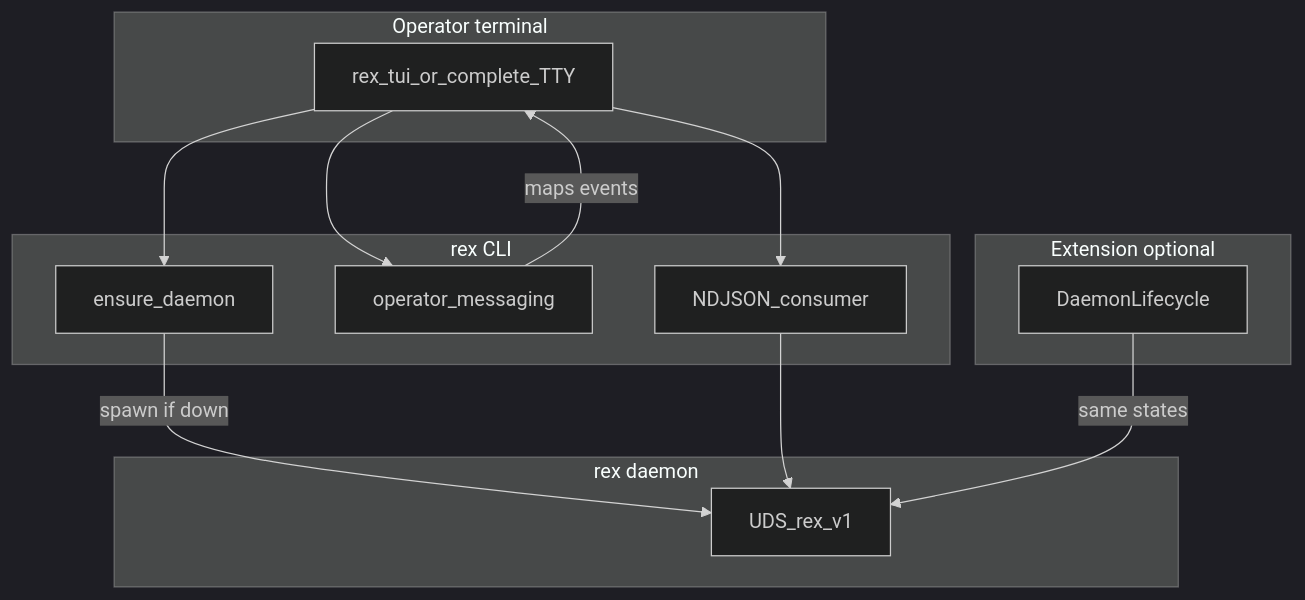
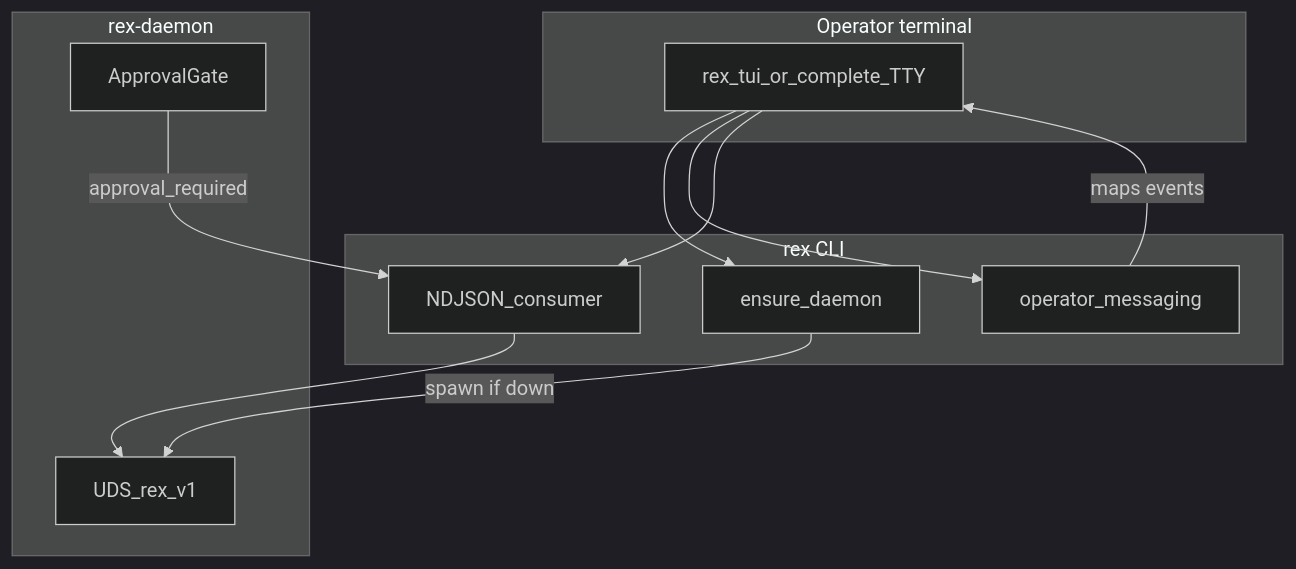
One commit to thsfranca/rex changed the first of 2 diagrams in docs/CLI_OPERATOR_UX.md. Above: the diagram before and after it, drawn with Mermaid (dark theme). The commit also changed other lines of this file and 14 other files, not shown here.

````diff
--- a/docs/CLI_OPERATOR_UX.md
+++ b/docs/CLI_OPERATOR_UX.md
@@ -56,25 +67,23 @@
 ```mermaid
 flowchart TB
  subgraph operator [Operator terminal]
  TUI[rex_tui_or_complete_TTY]
  end
  subgraph cli [rex CLI]
  Lifecycle[ensure_daemon]
  MsgLayer[operator_messaging]
  Transport[NDJSON_consumer]
  end
- subgraph daemon [rex daemon]
+ subgraph daemon [rex-daemon]
  UDS[UDS_rex_v1]
- end
- subgraph ext [Extension optional]
- ExtLife[DaemonLifecycle]
+ Policy[ApprovalGate]
  end
 
  TUI --> Lifecycle
  TUI --> MsgLayer
  TUI --> Transport
  Lifecycle -->|"spawn if down"| UDS
  Transport --> UDS
- ExtLife -->|"same states"| UDS
+ Policy -->|"approval_required"| Transport
  MsgLayer -->|"maps events"| TUI
 ```
````
